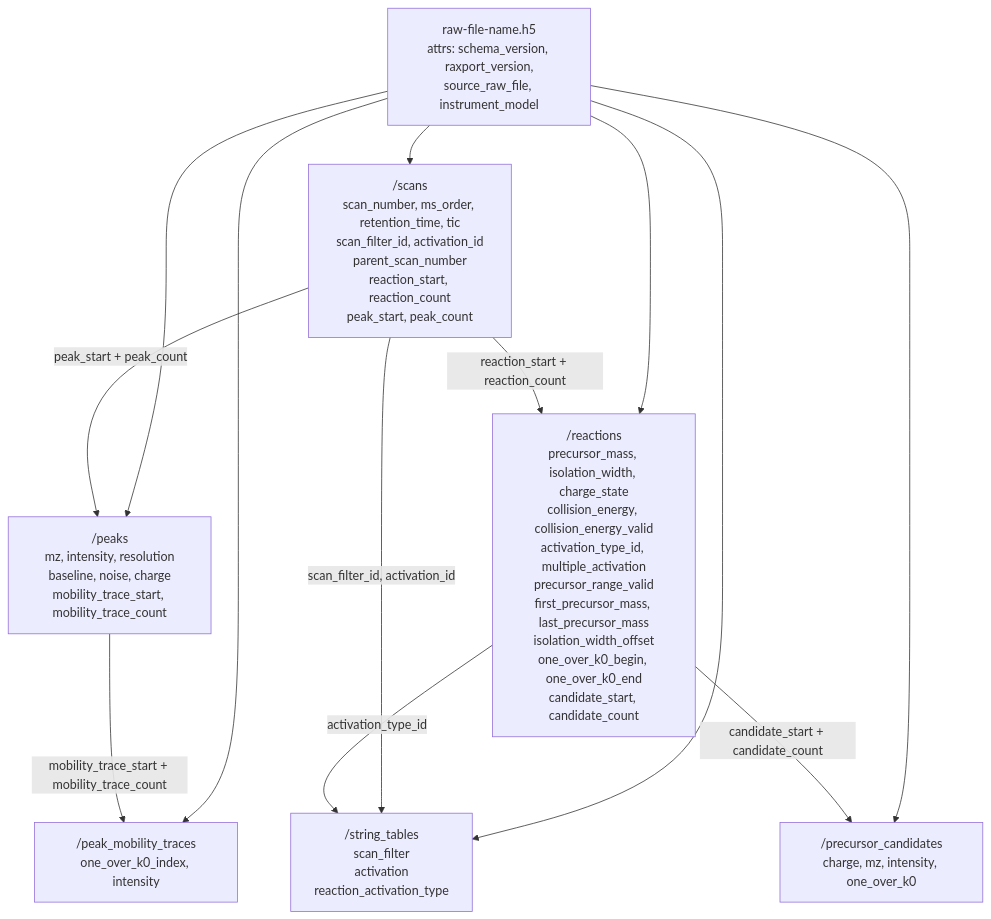
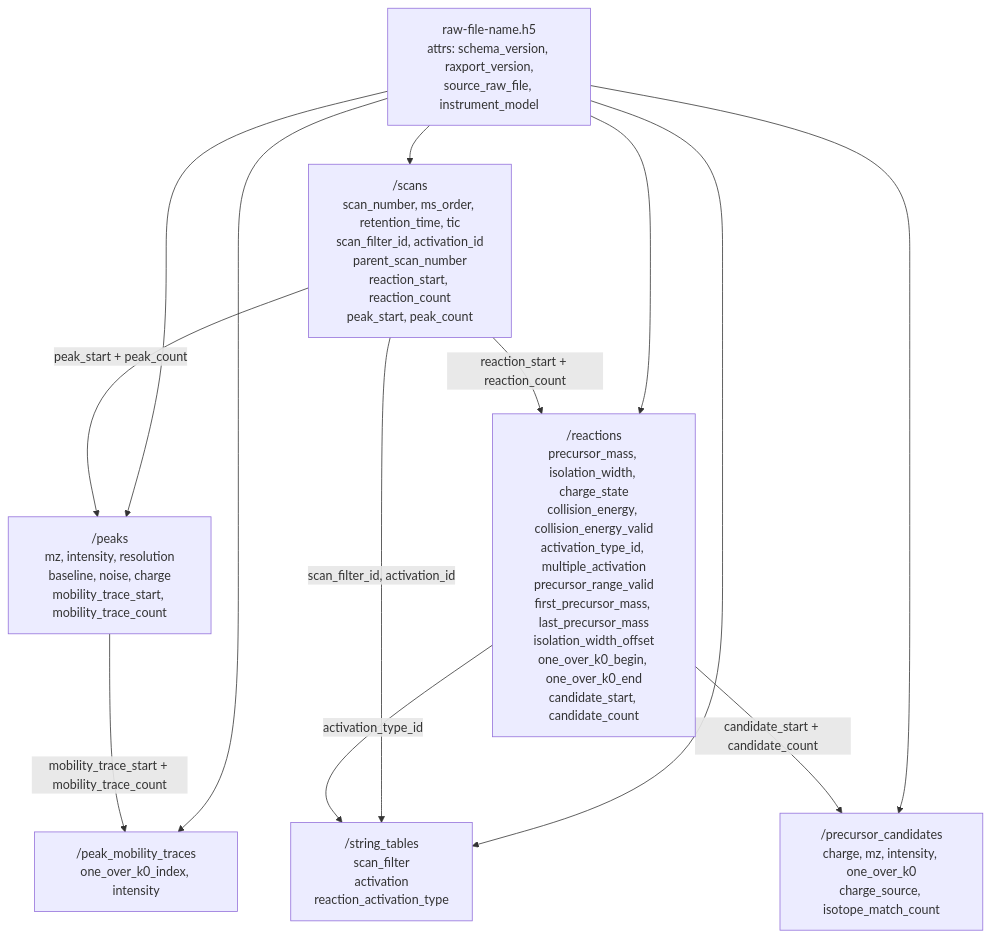
Before and after one commit to xyz1396/Raxport.net: the diagram in README.md, drawn with Mermaid. The commit also changed other lines of this file and 13 other files, not shown here.

Commit message:
polish precursor select algorithm and add detailed precursor charge source

````diff
--- a/README.md
+++ b/README.md
@@ -108,18 +115,18 @@
 ```mermaid
 flowchart TD
     root["raw-file-name.h5<br/>attrs: schema_version, raxport_version,<br/>source_raw_file, instrument_model"]
 
     root --> scans["/scans<br/>scan_number, ms_order, retention_time, tic<br/>scan_filter_id, activation_id<br/>parent_scan_number<br/>reaction_start, reaction_count<br/>peak_start, peak_count"]
     root --> peaks["/peaks<br/>mz, intensity, resolution<br/>baseline, noise, charge<br/>mobility_trace_start, mobility_trace_count"]
     root --> traces["/peak_mobility_traces<br/>one_over_k0_index, intensity"]
     root --> reactions["/reactions<br/>precursor_mass, isolation_width, charge_state<br/>collision_energy, collision_energy_valid<br/>activation_type_id, multiple_activation<br/>precursor_range_valid<br/>first_precursor_mass, last_precursor_mass<br/>isolation_width_offset<br/>one_over_k0_begin, one_over_k0_end<br/>candidate_start, candidate_count"]
-    root --> candidates["/precursor_candidates<br/>charge, mz, intensity, one_over_k0"]
+    root --> candidates["/precursor_candidates<br/>charge, mz, intensity, one_over_k0<br/>charge_source, isotope_match_count"]
     root --> strings["/string_tables<br/>scan_filter<br/>activation<br/>reaction_activation_type"]
 
     scans -- "peak_start + peak_count" --> peaks
     peaks -- "mobility_trace_start + mobility_trace_count" --> traces
     scans -- "reaction_start + reaction_count" --> reactions
     reactions -- "candidate_start + candidate_count" --> candidates
     scans -- "scan_filter_id, activation_id" --> strings
     reactions -- "activation_type_id" --> strings
 ```
````
